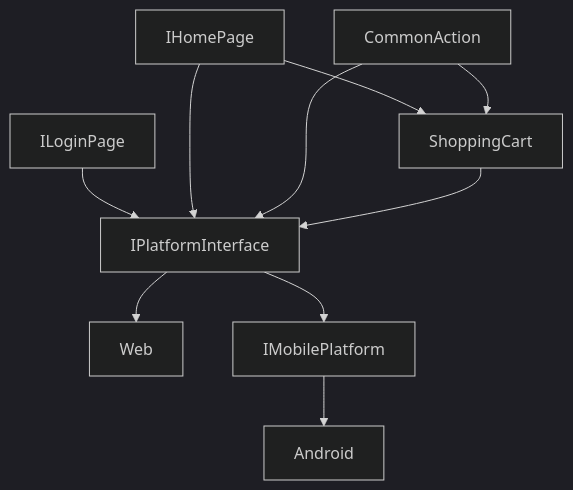
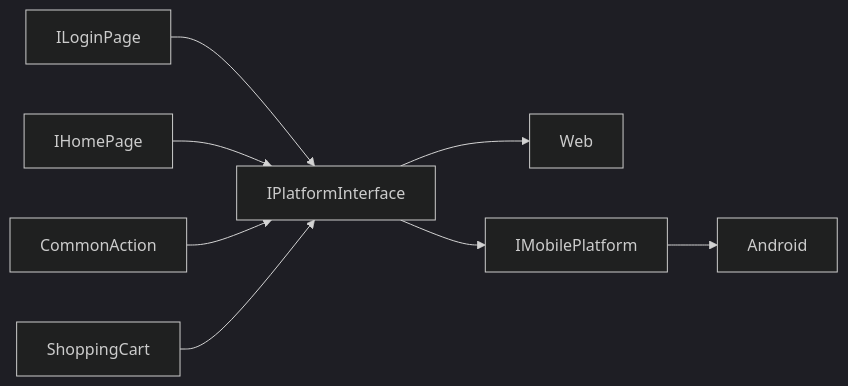
The first of 4 diagrams in README.md (Vijay-Durairaj/SeleniumFramework), drawn with Mermaid (dark theme) before and after one commit. The commit also changed other lines of this file and 1 other file, not shown here.

````diff
--- a/README.md
+++ b/README.md
@@ -135,12 +136,10 @@
 ```mermaid
-flowchart TD
+flowchart LR
     ILoginPage --> IPlatformInterface
-    IHomePage --> ShoppingCart
-    CommonAction --> ShoppingCart
     IHomePage --> IPlatformInterface
     CommonAction --> IPlatformInterface
     ShoppingCart --> IPlatformInterface
     IPlatformInterface --> Web
     IPlatformInterface --> IMobilePlatform
     IMobilePlatform --> Android
 ```
````
